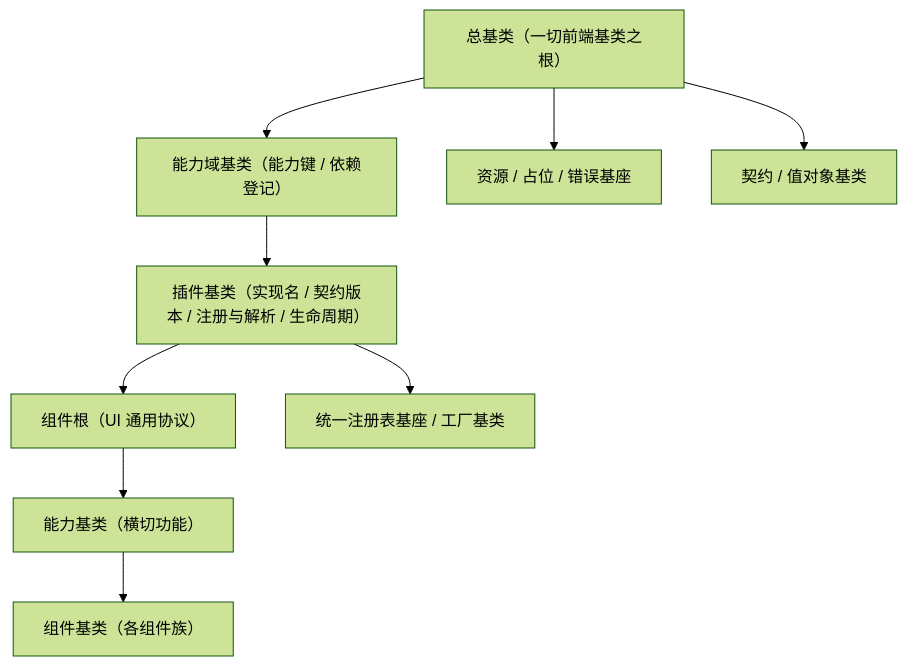
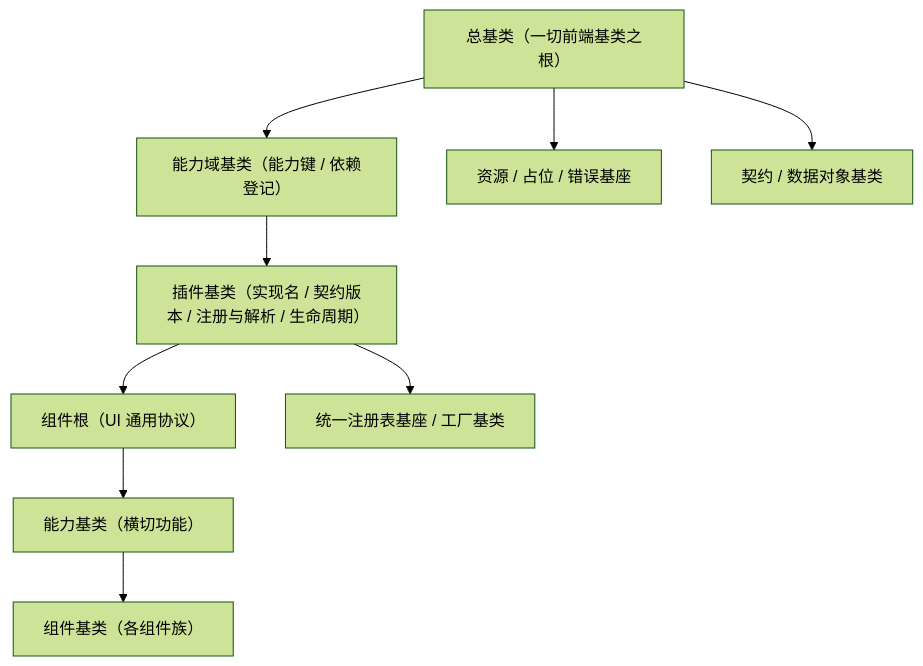
Before and after one commit to minjian123/basic-management-system: the diagram in bms文档/设计/组件设计/02_基础组件类/01_机制基类/01_组件设计_根系基类/01_组件设计_根系基类.md, drawn with Mermaid (forest theme). The commit also changed other lines of this file and 1 other file, not shown here.

````diff
--- a/bms文档/设计/组件设计/02_基础组件类/01_机制基类/01_组件设计_根系基类/01_组件设计_根系基类.md
+++ b/bms文档/设计/组件设计/02_基础组件类/01_机制基类/01_组件设计_根系基类/01_组件设计_根系基类.md
@@ -16,11 +16,11 @@
 ```mermaid
 flowchart TD
     OBJ["总基类（一切前端基类之根）"] --> CAP["能力域基类（能力键 / 依赖登记）"]
     CAP --> PLG["插件基类（实现名 / 契约版本 / 注册与解析 / 生命周期）"]
     PLG --> COMP["组件根（UI 通用协议）"]
     COMP --> AB["能力基类（横切功能）"]
     AB --> CB["组件基类（各组件族）"]
     PLG --> REG["统一注册表基座 / 工厂基类"]
     OBJ --> RT["资源 / 占位 / 错误基座"]
-    OBJ --> CT["契约 / 值对象基类"]
+    OBJ --> CT["契约 / 数据对象基类"]
 ```
````
